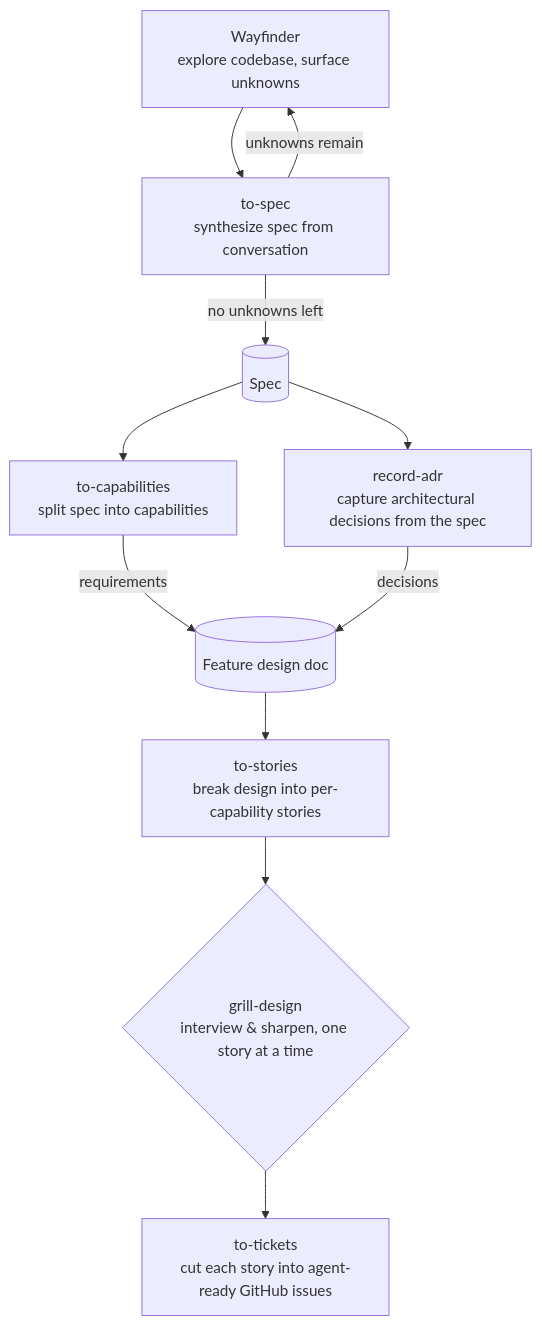
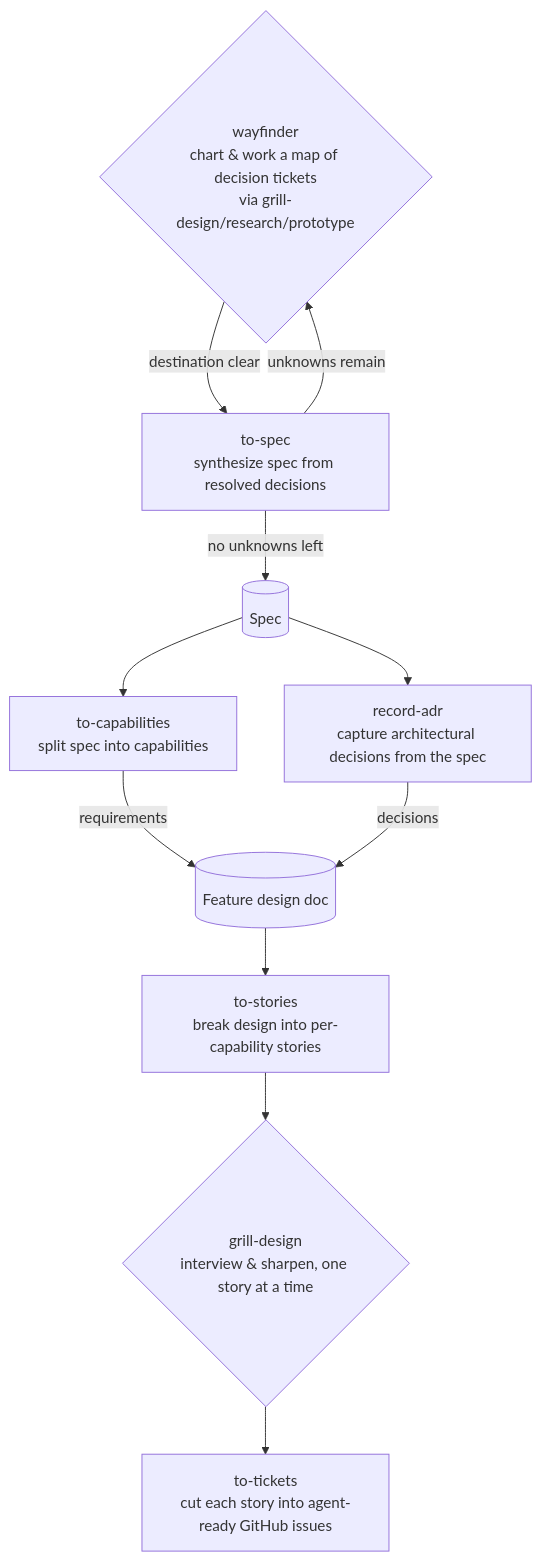
The diagram in plugins/wf/README.md (antshc/brain), drawn with Mermaid before and after one commit. The commit also changed other lines of this file and 7 other files, not shown here.

````diff
--- a/plugins/wf/README.md
+++ b/plugins/wf/README.md
@@ -13,15 +13,15 @@
 ```mermaid
 flowchart TD
-    W[Wayfinder<br/>explore codebase, surface unknowns] --> S[to-spec<br/>synthesize spec from conversation]
+    W{wayfinder<br/>chart & work a map of decision tickets<br/>via grill-design/research/prototype} -->|destination clear| S[to-spec<br/>synthesize spec from resolved decisions]
     S -->|unknowns remain| W
     S -->|no unknowns left| SPEC[(Spec)]
 
     SPEC --> CAP[to-capabilities<br/>split spec into capabilities]
     CAP -->|requirements| DESIGN[(Feature design doc)]
     SPEC --> ADR[record-adr<br/>capture architectural decisions from the spec]
     ADR -->|decisions| DESIGN
 
     DESIGN --> STORIES[to-stories<br/>break design into per-capability stories]
     STORIES --> GRILL{grill-design<br/>interview & sharpen, one story at a time}
     GRILL --> TICKETS[to-tickets<br/>cut each story into agent-ready GitHub issues]
 ```
````
